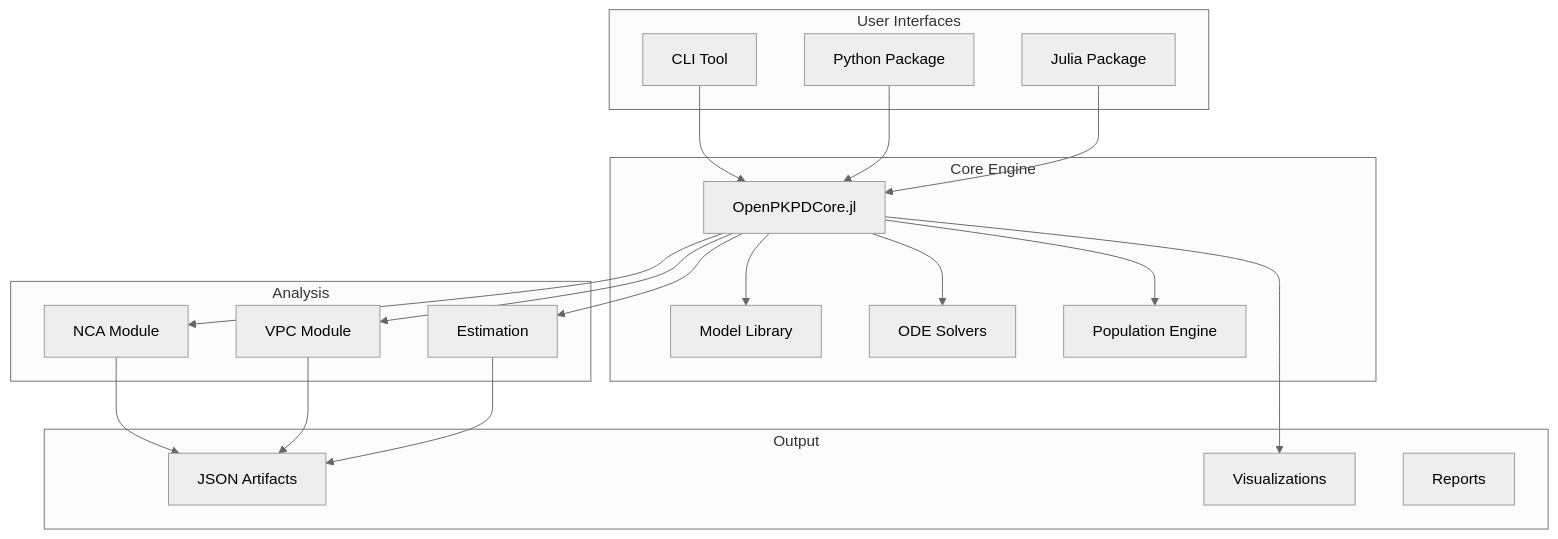
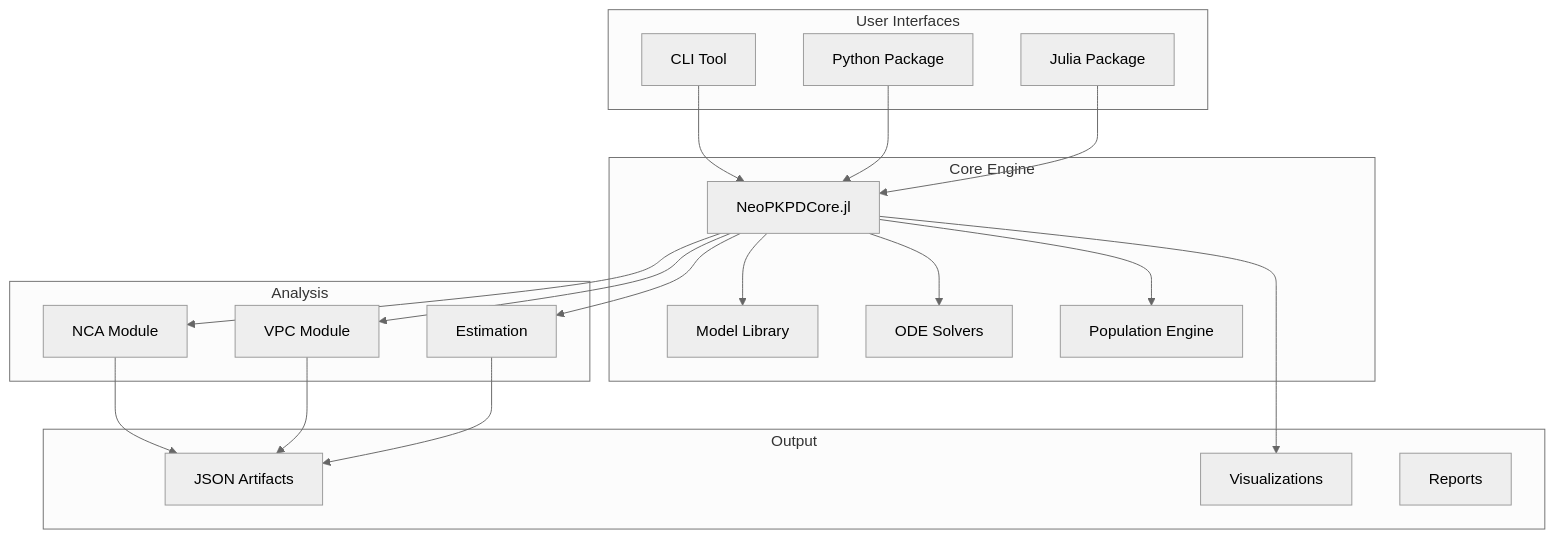
One commit to shramish2057/NeoPKPD changed the diagram in docs/index.md. Above: the diagram before and after it, drawn with Mermaid (neutral theme). The commit also changed other lines of this file and 409 other files, not shown here.

Commit message:
refactor: changed the tool name from OpenPKPD to NeoPKPD

````diff
--- a/docs/index.md
+++ b/docs/index.md
@@ -436,44 +436,44 @@
 ```mermaid
 graph TB
     subgraph "User Interfaces"
         CLI[CLI Tool]
         PY[Python Package]
         JL[Julia Package]
     end
 
     subgraph "Core Engine"
-        CORE[OpenPKPDCore.jl]
+        CORE[NeoPKPDCore.jl]
         MODELS[Model Library]
         SOLVERS[ODE Solvers]
         POP[Population Engine]
     end
 
     subgraph "Analysis"
         NCA[NCA Module]
         VPC[VPC Module]
         EST[Estimation]
     end
 
     subgraph "Output"
         ARTIFACTS[JSON Artifacts]
         PLOTS[Visualizations]
         REPORTS[Reports]
     end
 
     CLI --> CORE
     PY --> CORE
     JL --> CORE
 
     CORE --> MODELS
     CORE --> SOLVERS
     CORE --> POP
 
     CORE --> NCA
     CORE --> VPC
     CORE --> EST
 
     NCA --> ARTIFACTS
     VPC --> ARTIFACTS
     EST --> ARTIFACTS
     CORE --> PLOTS
 ```
````
